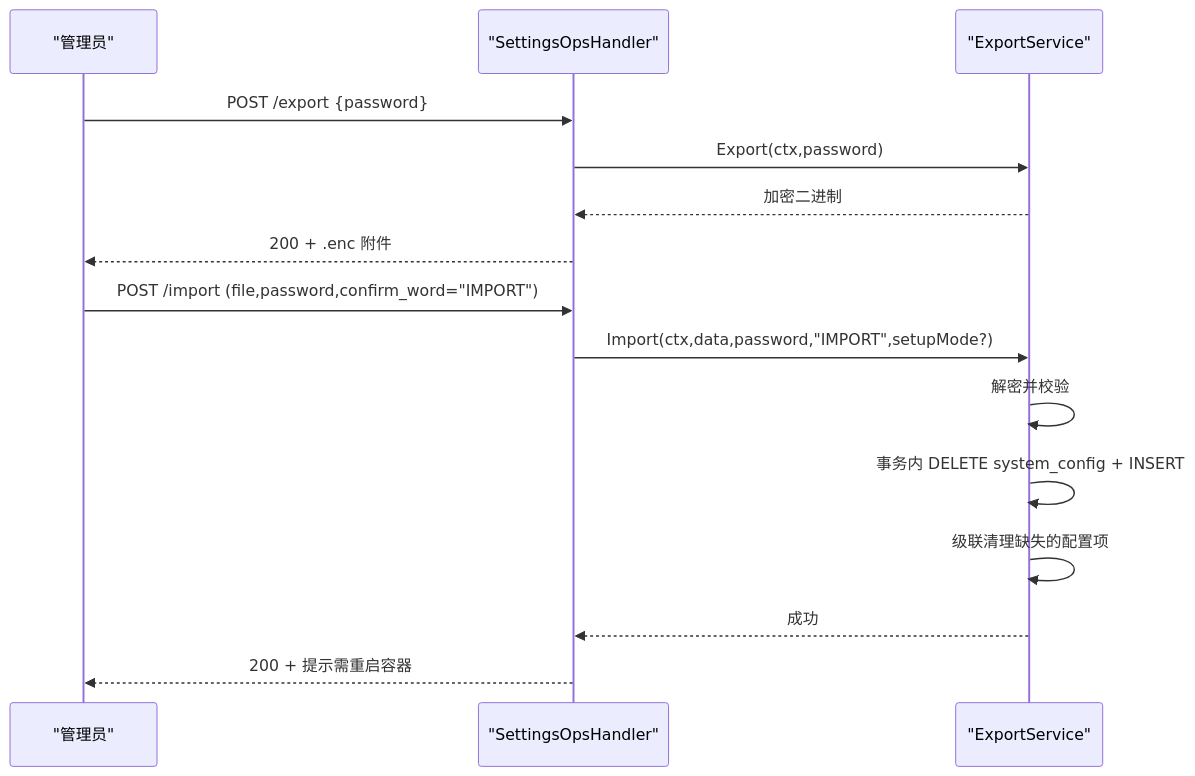
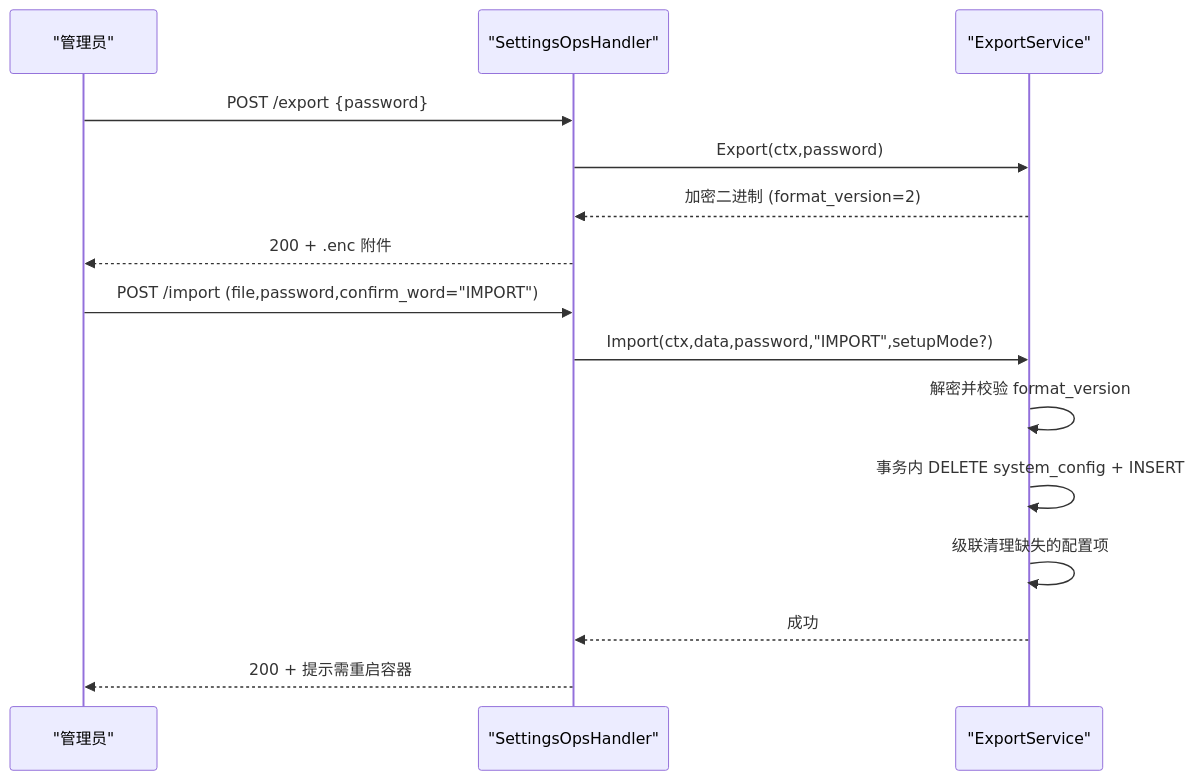
One commit to AlcaProphet/VPN-Subscription-Management changed the seventh of 9 diagrams in .qoder/repowiki/zh/content/API接口文档/系统设置API.md. Above: the diagram before and after it, drawn with Mermaid. The commit also changed other lines of this file and 7 other files, not shown here.

````diff
--- a/.qoder/repowiki/zh/content/API接口文档/系统设置API.md
+++ b/.qoder/repowiki/zh/content/API接口文档/系统设置API.md
@@ -293,17 +353,17 @@
 ```mermaid
 sequenceDiagram
 participant U as "管理员"
 participant H as "SettingsOpsHandler"
 participant E as "ExportService"
 U->>H : POST /export {password}
 H->>E : Export(ctx,password)
-E-->>H : 加密二进制
+E-->>H : 加密二进制 (format_version=2)
 H-->>U : 200 + .enc 附件
 U->>H : POST /import (file,password,confirm_word="IMPORT")
 H->>E : Import(ctx,data,password,"IMPORT",setupMode?)
-E->>E : 解密并校验
+E->>E : 解密并校验 format_version
 E->>E : 事务内 DELETE system_config + INSERT
 E->>E : 级联清理缺失的配置项
 E-->>H : 成功
 H-->>U : 200 + 提示需重启容器
 ```
````
